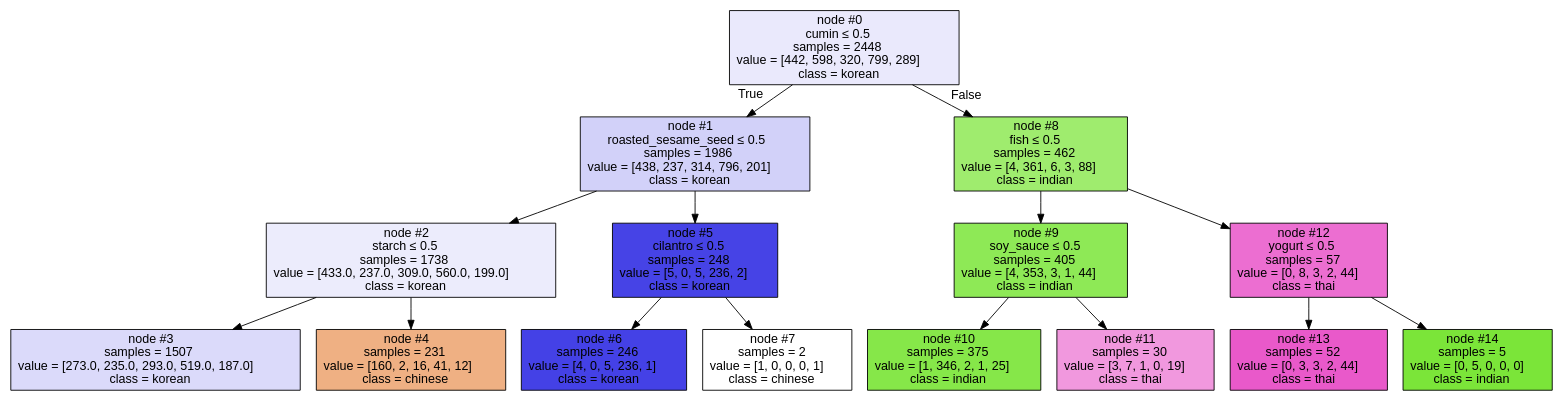
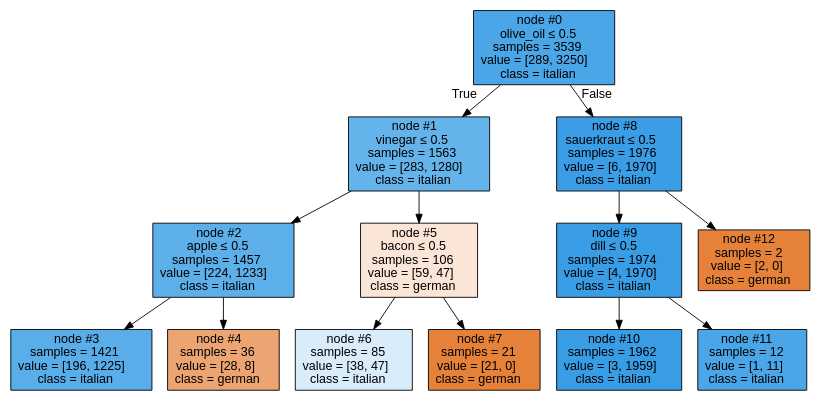
Before and after one commit to Niklas-Pfeffer/Data_Science_Course: the diagram in Course 3 - Data Science Methodology/bamboo_tree.dot, drawn with Graphviz. The commit also changed 5 other files, not shown here.

```diff
--- a/Course 3 - Data Science Methodology/bamboo_tree.dot
+++ b/Course 3 - Data Science Methodology/bamboo_tree.dot
@@ -1,33 +1,29 @@
 digraph Tree {
 node [shape=box, style="filled", color="black", fontname="helvetica"] ;
 edge [fontname="helvetica"] ;
-0 [label=<node &#35;0<br/>cumin &le; 0.5<br/>samples = 2448<br/>value = [442, 598, 320, 799, 289]<br/>class = korean>, fillcolor="#eae9fc"] ;
-1 [label=<node &#35;1<br/>roasted_sesame_seed &le; 0.5<br/>samples = 1986<br/>value = [438, 237, 314, 796, 201]<br/>class = korean>, fillcolor="#d2d1f9"] ;
+0 [label=<node &#35;0<br/>olive_oil &le; 0.5<br/>samples = 3539<br/>value = [289, 3250]<br/>class = italian>, fillcolor="#4ba6e7"] ;
+1 [label=<node &#35;1<br/>vinegar &le; 0.5<br/>samples = 1563<br/>value = [283, 1280]<br/>class = italian>, fillcolor="#65b3eb"] ;
 0 -> 1 [labeldistance=2.5, labelangle=45, headlabel="True"] ;
-2 [label=<node &#35;2<br/>starch &le; 0.5<br/>samples = 1738<br/>value = [433.0, 237.0, 309.0, 560.0, 199.0]<br/>class = korean>, fillcolor="#ececfc"] ;
+2 [label=<node &#35;2<br/>apple &le; 0.5<br/>samples = 1457<br/>value = [224, 1233]<br/>class = italian>, fillcolor="#5dafea"] ;
 1 -> 2 ;
-3 [label=<node &#35;3<br/>samples = 1507<br/>value = [273.0, 235.0, 293.0, 519.0, 187.0]<br/>class = korean>, fillcolor="#dbdafa"] ;
+3 [label=<node &#35;3<br/>samples = 1421<br/>value = [196, 1225]<br/>class = italian>, fillcolor="#59ade9"] ;
 2 -> 3 ;
-4 [label=<node &#35;4<br/>samples = 231<br/>value = [160, 2, 16, 41, 12]<br/>class = chinese>, fillcolor="#efb083"] ;
+4 [label=<node &#35;4<br/>samples = 36<br/>value = [28, 8]<br/>class = german>, fillcolor="#eca572"] ;
 2 -> 4 ;
-5 [label=<node &#35;5<br/>cilantro &le; 0.5<br/>samples = 248<br/>value = [5, 0, 5, 236, 2]<br/>class = korean>, fillcolor="#4643e6"] ;
+5 [label=<node &#35;5<br/>bacon &le; 0.5<br/>samples = 106<br/>value = [59, 47]<br/>class = german>, fillcolor="#fae5d7"] ;
 1 -> 5 ;
-6 [label=<node &#35;6<br/>samples = 246<br/>value = [4, 0, 5, 236, 1]<br/>class = korean>, fillcolor="#4441e6"] ;
+6 [label=<node &#35;6<br/>samples = 85<br/>value = [38, 47]<br/>class = italian>, fillcolor="#d9ecfa"] ;
 5 -> 6 ;
-7 [label=<node &#35;7<br/>samples = 2<br/>value = [1, 0, 0, 0, 1]<br/>class = chinese>, fillcolor="#ffffff"] ;
+7 [label=<node &#35;7<br/>samples = 21<br/>value = [21, 0]<br/>class = german>, fillcolor="#e58139"] ;
 5 -> 7 ;
-8 [label=<node &#35;8<br/>fish &le; 0.5<br/>samples = 462<br/>value = [4, 361, 6, 3, 88]<br/>class = indian>, fillcolor="#9fec6e"] ;
+8 [label=<node &#35;8<br/>sauerkraut &le; 0.5<br/>samples = 1976<br/>value = [6, 1970]<br/>class = italian>, fillcolor="#3a9de5"] ;
 0 -> 8 [labeldistance=2.5, labelangle=-45, headlabel="False"] ;
-9 [label=<node &#35;9<br/>soy_sauce &le; 0.5<br/>samples = 405<br/>value = [4, 353, 3, 1, 44]<br/>class = indian>, fillcolor="#8ee956"] ;
+9 [label=<node &#35;9<br/>dill &le; 0.5<br/>samples = 1974<br/>value = [4, 1970]<br/>class = italian>, fillcolor="#399de5"] ;
 8 -> 9 ;
-10 [label=<node &#35;10<br/>samples = 375<br/>value = [1, 346, 2, 1, 25]<br/>class = indian>, fillcolor="#86e749"] ;
+10 [label=<node &#35;10<br/>samples = 1962<br/>value = [3, 1959]<br/>class = italian>, fillcolor="#399de5"] ;
 9 -> 10 ;
-11 [label=<node &#35;11<br/>samples = 30<br/>value = [3, 7, 1, 0, 19]<br/>class = thai>, fillcolor="#f198de"] ;
+11 [label=<node &#35;11<br/>samples = 12<br/>value = [1, 11]<br/>class = italian>, fillcolor="#4ba6e7"] ;
 9 -> 11 ;
-12 [label=<node &#35;12<br/>yogurt &le; 0.5<br/>samples = 57<br/>value = [0, 8, 3, 2, 44]<br/>class = thai>, fillcolor="#ec6ed1"] ;
+12 [label=<node &#35;12<br/>samples = 2<br/>value = [2, 0]<br/>class = german>, fillcolor="#e58139"] ;
 8 -> 12 ;
-13 [label=<node &#35;13<br/>samples = 52<br/>value = [0, 3, 3, 2, 44]<br/>class = thai>, fillcolor="#e959ca"] ;
-12 -> 13 ;
-14 [label=<node &#35;14<br/>samples = 5<br/>value = [0, 5, 0, 0, 0]<br/>class = indian>, fillcolor="#7be539"] ;
-12 -> 14 ;
 }
```
